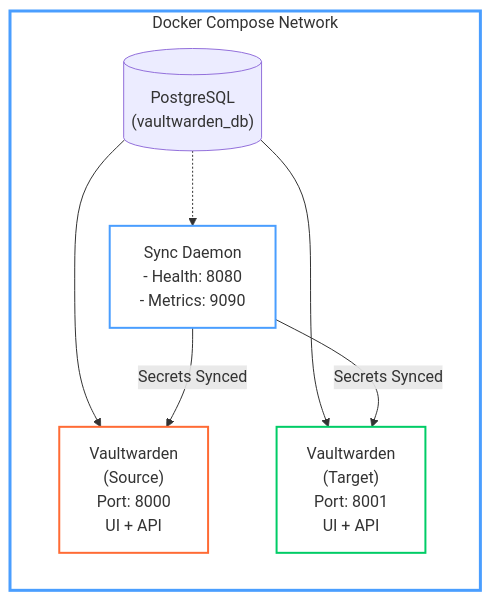
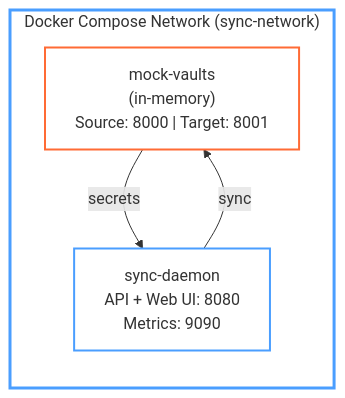
The diagram in docs/development/testing.md (pacorreia/vaults-syncer), drawn with Mermaid before and after one commit. The commit also changed other lines of this file and 25 other files, not shown here.

````diff
--- a/docs/development/testing.md
+++ b/docs/development/testing.md
@@ -18,26 +18,16 @@
 ```mermaid
 graph TB
-    subgraph network["Docker Compose Network"]
+    subgraph network["Docker Compose Network (sync-network)"]
         direction TB
-        
-        postgres[("PostgreSQL<br/>(vaultwarden_db)")]
-        
-        daemon["Sync Daemon<br/>- Health: 8080<br/>- Metrics: 9090"]
-        
-        postgres -.-> daemon
-        
-        source["Vaultwarden<br/>(Source)<br/>Port: 8000<br/>UI + API"]
-        target["Vaultwarden<br/>(Target)<br/>Port: 8001<br/>UI + API"]
-        
-        postgres --> source
-        postgres --> target
-        
-        daemon -->|Secrets Synced| source
-        daemon -->|Secrets Synced| target
+
+        mock["mock-vaults<br/>(in-memory)<br/>Source: 8000 | Target: 8001"]
+        daemon["sync-daemon<br/>API + Web UI: 8080<br/>Metrics: 9090"]
+
+        mock -->|secrets| daemon
+        daemon -->|sync| mock
     end
-    
+
     style network fill:none,stroke:#4a9eff,stroke-width:3px
     style daemon fill:none,stroke:#4a9eff,stroke-width:2px
-    style source fill:none,stroke:#ff6b35,stroke-width:2px
-    style target fill:none,stroke:#00cc66,stroke-width:2px
+    style mock fill:none,stroke:#ff6b35,stroke-width:2px
 ```
````
